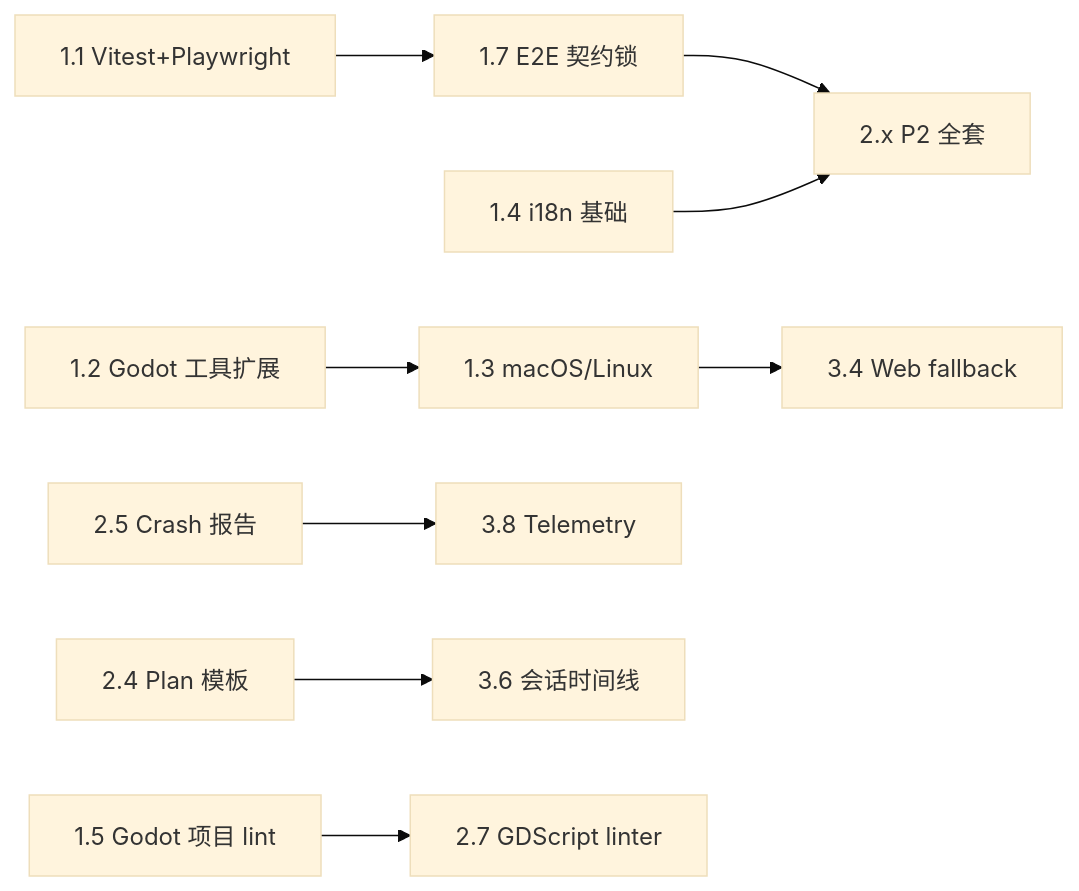
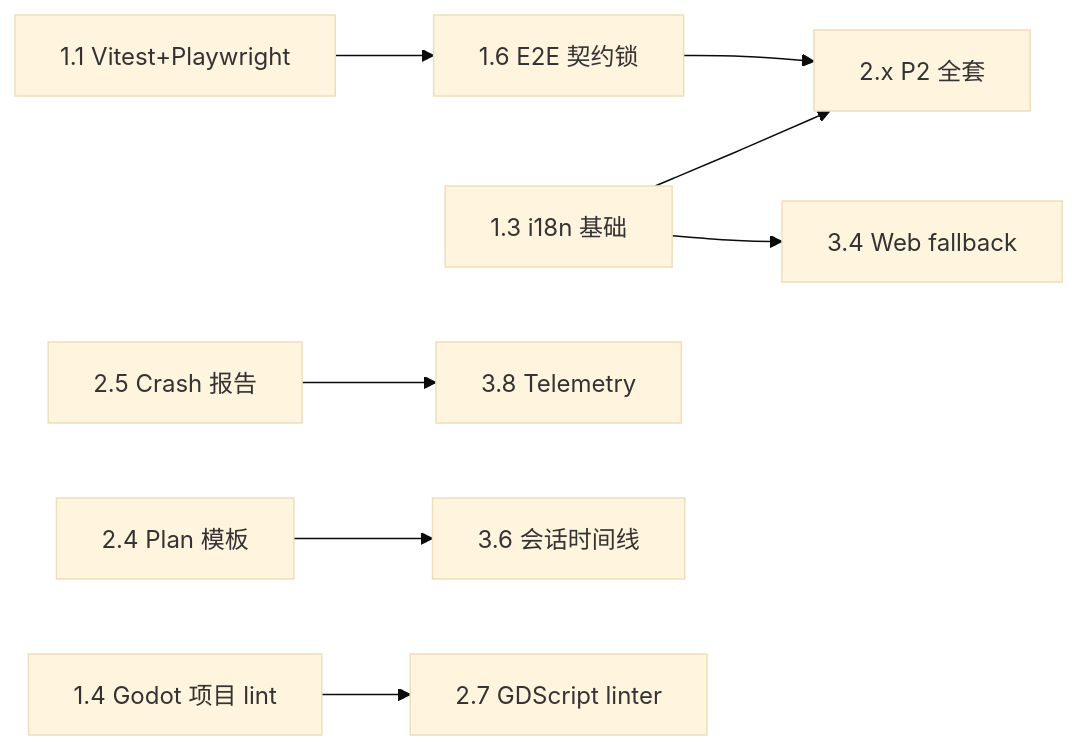
One commit to Fromlan/X-agent changed the diagram in ROADMAP.md. Above: the diagram before and after it, drawn with Mermaid (base theme). The commit also changed other lines of this file and 18 other files, not shown here.

First line of the commit message:
chore: UI 收尾 + godot-pi 扩展只读工具 + 启动页版本号注入 + ROADMAP 调整

````diff
--- a/ROADMAP.md
+++ b/ROADMAP.md
@@ -41,11 +40,10 @@
 ```mermaid
 flowchart LR
-  P1A[1.1 Vitest+Playwright] --> P1B[1.7 E2E 契约锁]
+  P1A[1.1 Vitest+Playwright] --> P1B[1.6 E2E 契约锁]
   P1B --> P2A[2.x P2 全套]
-  P1C[1.2 Godot 工具扩展] --> P1D[1.3 macOS/Linux]
-  P1D --> P3A[3.4 Web fallback]
-  P1E[1.4 i18n 基础] --> P2A
+  P1E[1.3 i18n 基础] --> P2A
+  P1E --> P3A[3.4 Web fallback]
   P2B[2.5 Crash 报告] --> P3D[3.8 Telemetry]
   P2C[2.4 Plan 模板] --> P3E[3.6 会话时间线]
-  P1F[1.5 Godot 项目 lint] --> P2D[2.7 GDScript linter]
+  P1F[1.4 Godot 项目 lint] --> P2D[2.7 GDScript linter]
 ```
````
